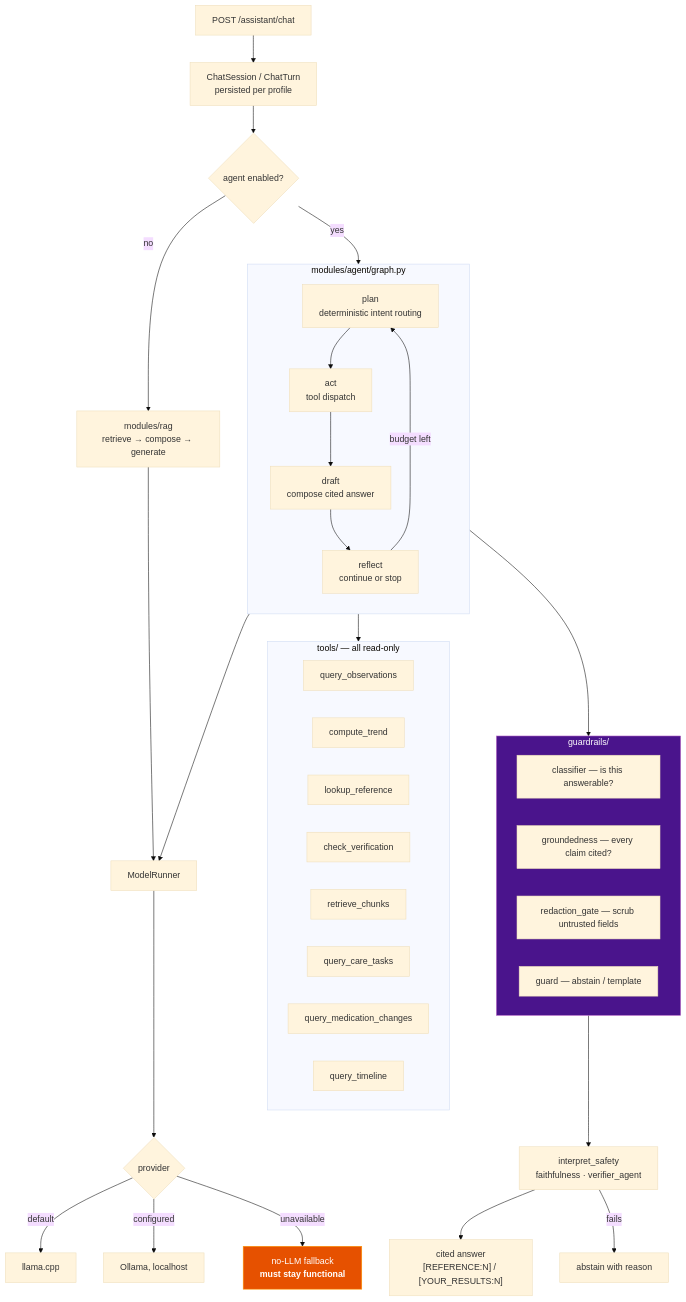
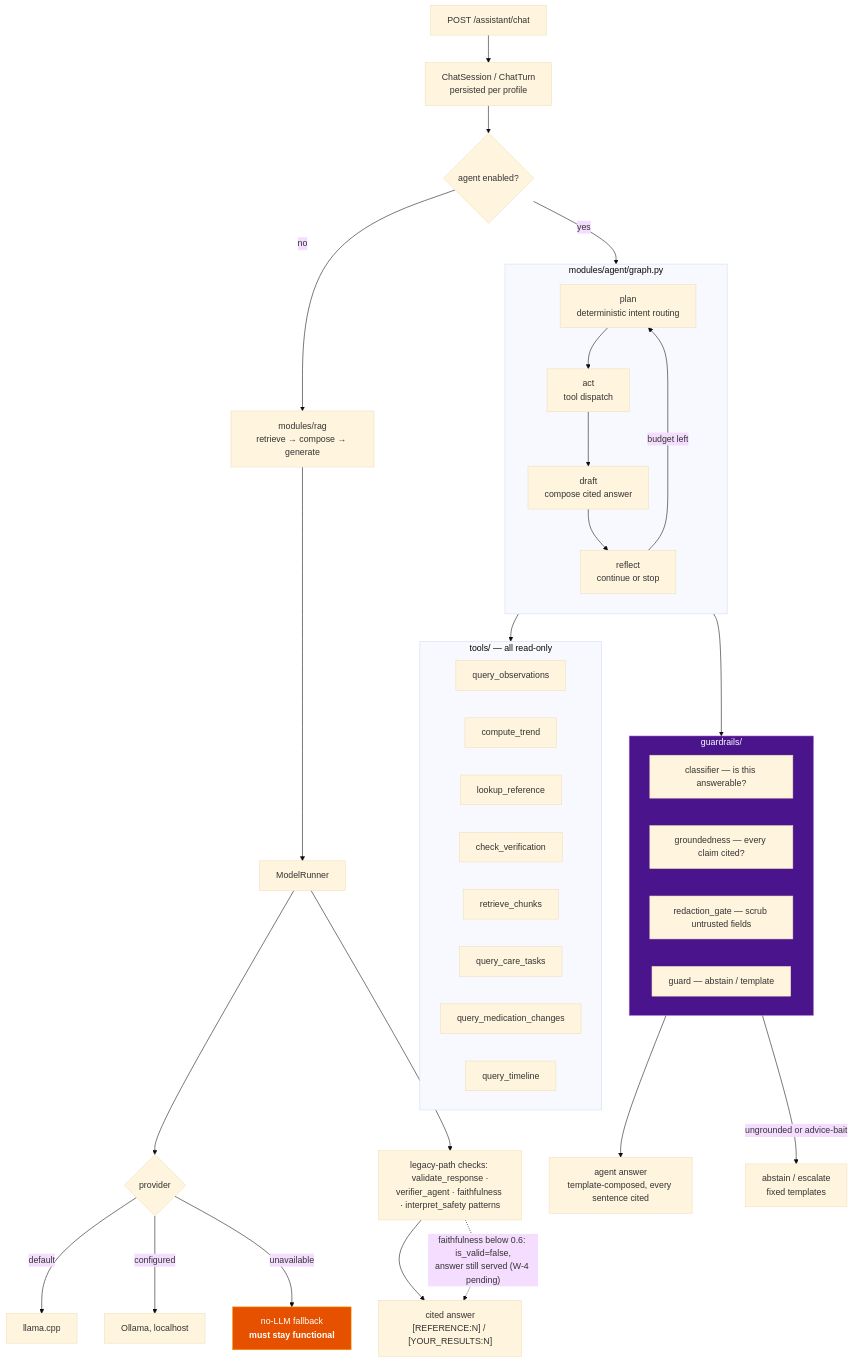
The second of 3 diagrams in docs/architecture/pipelines.md (BrooklynD23/HealthCentral), drawn with Mermaid (base theme) before and after one commit. The commit also changed other lines of this file, not shown here.

Commit message:
docs(architecture): pipelines match code — verification scope, agent draft, legacy checks, export redaction

````diff
--- a/docs/architecture/pipelines.md
+++ b/docs/architecture/pipelines.md
@@ -65,52 +77,53 @@
 ```mermaid
 flowchart TD
     Q["POST /assistant/chat"] --> SESS["ChatSession / ChatTurn<br/>persisted per profile"]
     SESS --> ENABLED{"agent enabled?"}
 
     ENABLED -->|no| RAGONLY["modules/rag<br/>retrieve → compose → generate"]
     ENABLED -->|yes| GRAPH
 
     subgraph GRAPH["modules/agent/graph.py"]
         direction TB
         PLAN["plan<br/>deterministic intent routing"]
         ACT["act<br/>tool dispatch"]
         DRAFT["draft<br/>compose cited answer"]
         REFLECT["reflect<br/>continue or stop"]
         PLAN --> ACT --> DRAFT --> REFLECT
         REFLECT -->|"budget left"| PLAN
     end
 
     ACT --> TOOLS
     subgraph TOOLS["tools/ — all read-only"]
         T1["query_observations"]
         T2["compute_trend"]
         T3["lookup_reference"]
         T4["check_verification"]
         T5["retrieve_chunks"]
         T6["query_care_tasks"]
         T7["query_medication_changes"]
         T8["query_timeline"]
     end
 
-    RAGONLY --> MR
-    DRAFT --> MR["ModelRunner"]
+    RAGONLY --> MR["ModelRunner"]
     MR --> PROV{"provider"}
     PROV -->|default| LC["llama.cpp"]
     PROV -->|configured| OL["Ollama, localhost"]
     PROV -->|"unavailable"| FB["no-LLM fallback<br/><b>must stay functional</b>"]
 
     DRAFT --> GUARD
     subgraph GUARD["guardrails/"]
         G1["classifier — is this answerable?"]
         G2["groundedness — every claim cited?"]
         G3["redaction_gate — scrub untrusted fields"]
         G4["guard — abstain / template"]
     end
 
-    GUARD --> SAFE["interpret_safety<br/>faithfulness · verifier_agent"]
+    GUARD --> AOUT["agent answer<br/>template-composed, every sentence cited"]
+    GUARD -->|"ungrounded or advice-bait"| ABSTAIN["abstain / escalate<br/>fixed templates"]
+    MR --> SAFE["legacy-path checks: validate_response ·<br/>verifier_agent · faithfulness · interpret_safety patterns"]
     SAFE --> OUT["cited answer<br/>[REFERENCE:N] / [YOUR_RESULTS:N]"]
-    SAFE -->|"fails"| ABSTAIN["abstain with reason"]
+    SAFE -.->|"faithfulness below 0.6: is_valid=false,<br/>answer still served (W-4 pending)"| OUT
 
     style GUARD fill:#4a148c,stroke:#ba68c8,color:#fff
     style FB fill:#e65100,stroke:#ff9800,color:#fff
 ```
````
